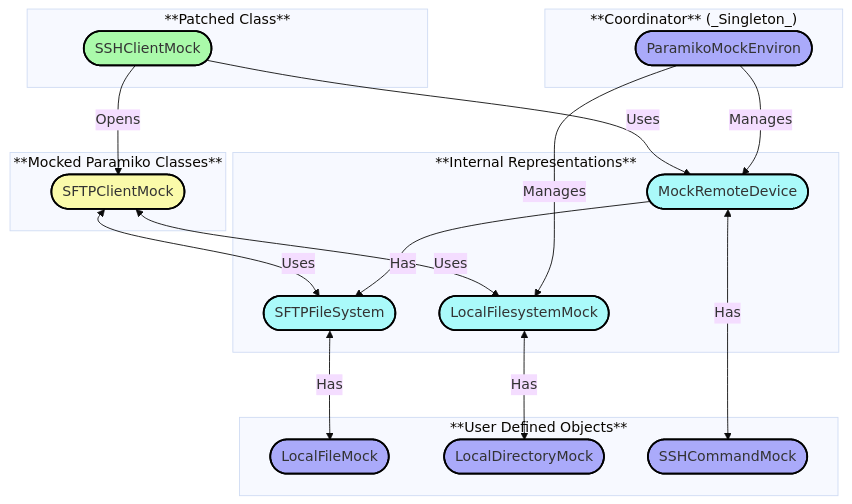
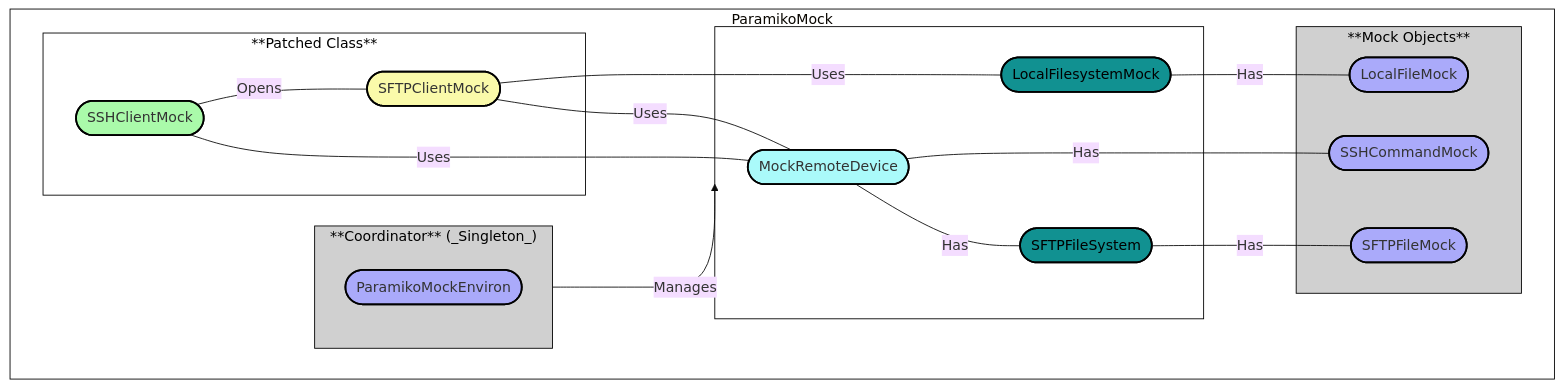
Before and after one commit to matsavage/paramiko-ssh-mock: the diagram in docs/index.md, drawn with Mermaid (base theme).

Commit message:
doc: minor changes to doc

````diff
--- a/docs/index.md
+++ b/docs/index.md
@@ -14,43 +14,51 @@
 ```mermaid
 ---
 config:
-    markdownAutoWrap: true
+  markdownAutoWrap: true
 ---
 flowchart TD
  subgraph subGraph0["**Coordinator** (_Singleton_)"]
-                A(["ParamikoMockEnviron"])
-    end
+        A(["ParamikoMockEnviron"])
+  end
  subgraph subGraph1["**Patched Class**"]
-                B(["SSHClientMock"])
-    end
- subgraph subGraph2["**Internal Representations**"]
-                C(["MockRemoteDevice"])
-                F(["LocalFilesystemMock"])
-                E(["SFTPFileSystem"])
-    end
- subgraph subGraph3["**Mocked Paramiko Classes**"]
-                D(["SFTPClientMock"])
-    end
- subgraph subGraph4["**User Defined Objects**"]
-                G(["LocalFileMock"])
-                H(["LocalDirectoryMock"])
-                I(["SSHCommandMock"])
-    end
-        A -- Manages --> C & F
-        B -- Uses --> C
-        B -- Opens --> D
-        C -- Has --> E
-        D <-- Uses --> F & E
-        F <-- Has --> H
-        E <-- Has --> G
-        C <-- Has --> I
-        style A fill:#aaaafa,stroke:#000,stroke-width:2px
-        style B fill:#aafaaa,stroke:#000,stroke-width:2px
-        style C fill:#aafafa,stroke:#000,stroke-width:2px
-        style F fill:#aafafa,stroke:#000,stroke-width:2px
-        style E fill:#aafafa,stroke:#000,stroke-width:2px
-        style D fill:#fafaaa,stroke:#000,stroke-width:2px
-        style G fill:#aaaafa,stroke:#000,stroke-width:2px
-        style H fill:#aaaafa,stroke:#000,stroke-width:2px
-        style I fill:#aaaafa,stroke:#000,stroke-width:2px
+        B(["SSHClientMock"])
+        D(["SFTPClientMock"])
+  end
+ subgraph subGraph2[" "]
+        C(["MockRemoteDevice"])
+        F(["LocalFilesystemMock"])
+        E(["SFTPFileSystem"])
+  end
+ subgraph subGraph4["**Mock Objects**"]
+        G(["SFTPFileMock"])
+        H(["LocalFileMock"])
+        I(["SSHCommandMock"])
+  end
+ subgraph s1["ParamikoMock"]
+        subGraph0
+        subGraph1
+        subGraph2
+        subGraph4
+  end
+    B -- Uses --- C
+    B -- Opens --- D
+    C -- Has --- E & I
+    F -- Has --- H
+    E -- Has --- G
+    D -- Uses --- C & F
+    subGraph0 -- Manages --> subGraph2
+    style A fill:#aaaafa,stroke:#000,stroke-width:2px
+    style B fill:#aafaaa,stroke:#000,stroke-width:2px
+    style D fill:#fafaaa,stroke:#000,stroke-width:2px
+    style C fill:#aafafa,stroke:#000,stroke-width:2px
+    style F fill:#119191,stroke:#000,stroke-width:2px,color:#000000
+    style E fill:#119191,stroke:#000,stroke-width:2px,color:#000000
+    style G fill:#aaaafa,stroke:#000,stroke-width:2px
+    style H fill:#aaaafa,stroke:#000,stroke-width:2px
+    style I fill:#aaaafa,stroke:#000,stroke-width:2px
+    style subGraph0 stroke:#000000,fill:#d0d0d0,color:#000000
+    style subGraph1 stroke:#000000,color:#000000,fill:#FFFFFF
+    style subGraph2 stroke:#000000,fill:#FFFFFF,color:#000000
+    style subGraph4 stroke:#000000,fill:#d0d0d0,color:#000000
+    style s1 stroke:#000000,fill:#FFFFFF
 ```
````
